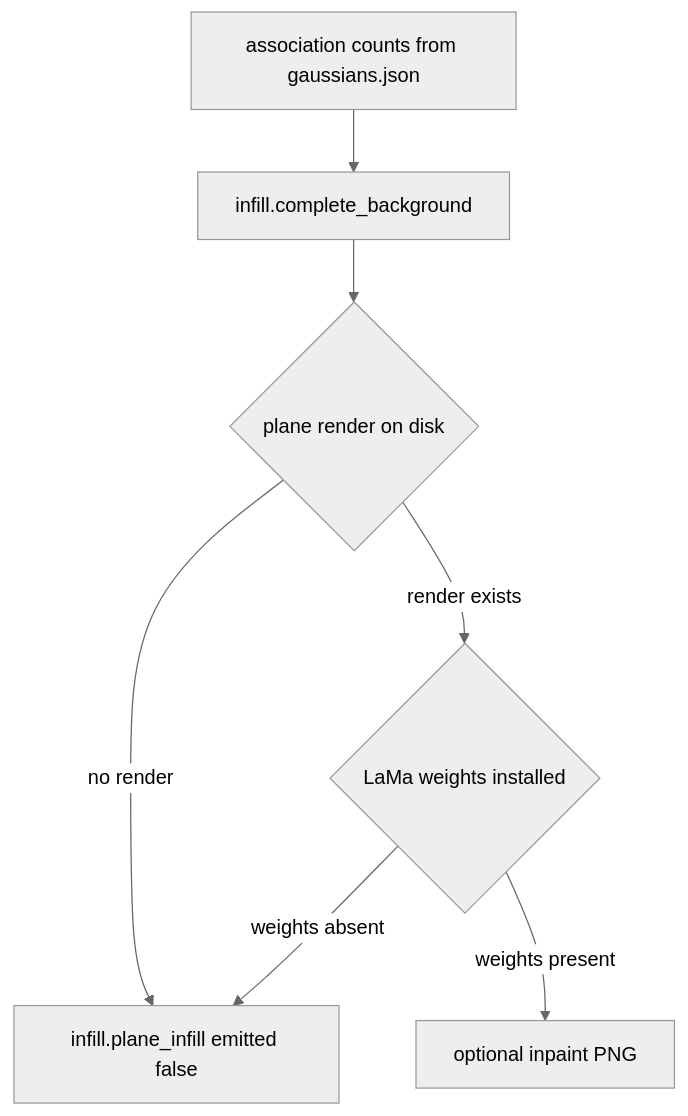
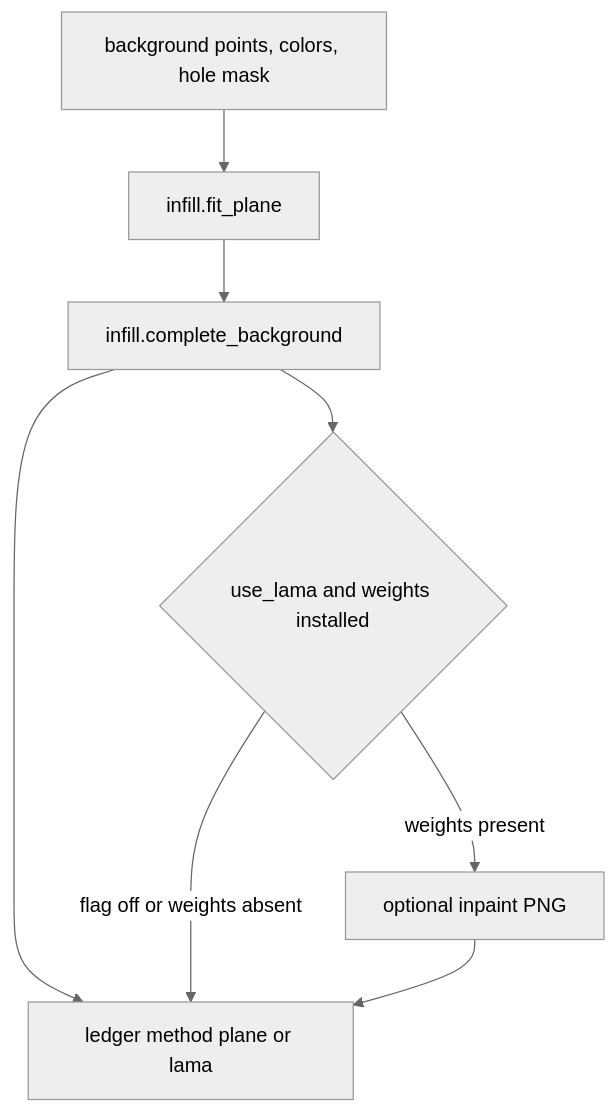
Before and after one commit to sandy-t-shelvan/SimFoundry: the tenth of 20 diagrams in docs/expansion-and-harvard-results.md, drawn with Mermaid (neutral theme). The commit also changed other lines of this file and 8 other files, not shown here.

First line of the commit message:
Fit a background plane and record the CPU run.

````diff
--- a/docs/expansion-and-harvard-results.md
+++ b/docs/expansion-and-harvard-results.md
@@ -761,14 +761,13 @@
 ```mermaid
 flowchart TD
-  Assoc["association counts from gaussians.json"]
+  Points["background points, colors, hole mask"]
+  Fit["infill.fit_plane"]
   Fill["infill.complete_background"]
-  Hold{"plane render on disk"}
-  Refuse["infill.plane_infill emitted false"]
-  Lama{"LaMa weights installed"}
+  Ledger["ledger method plane or lama"]
+  Lama{"use_lama and weights installed"}
   Patch["optional inpaint PNG"]
-  Assoc --> Fill --> Hold
-  Hold -->|no render| Refuse
-  Hold -->|render exists| Lama
-  Lama -->|weights absent| Refuse
-  Lama -->|weights present| Patch
+  Points --> Fit --> Fill --> Ledger
+  Fill --> Lama
+  Lama -->|flag off or weights absent| Ledger
+  Lama -->|weights present| Patch --> Ledger
 ```
````
